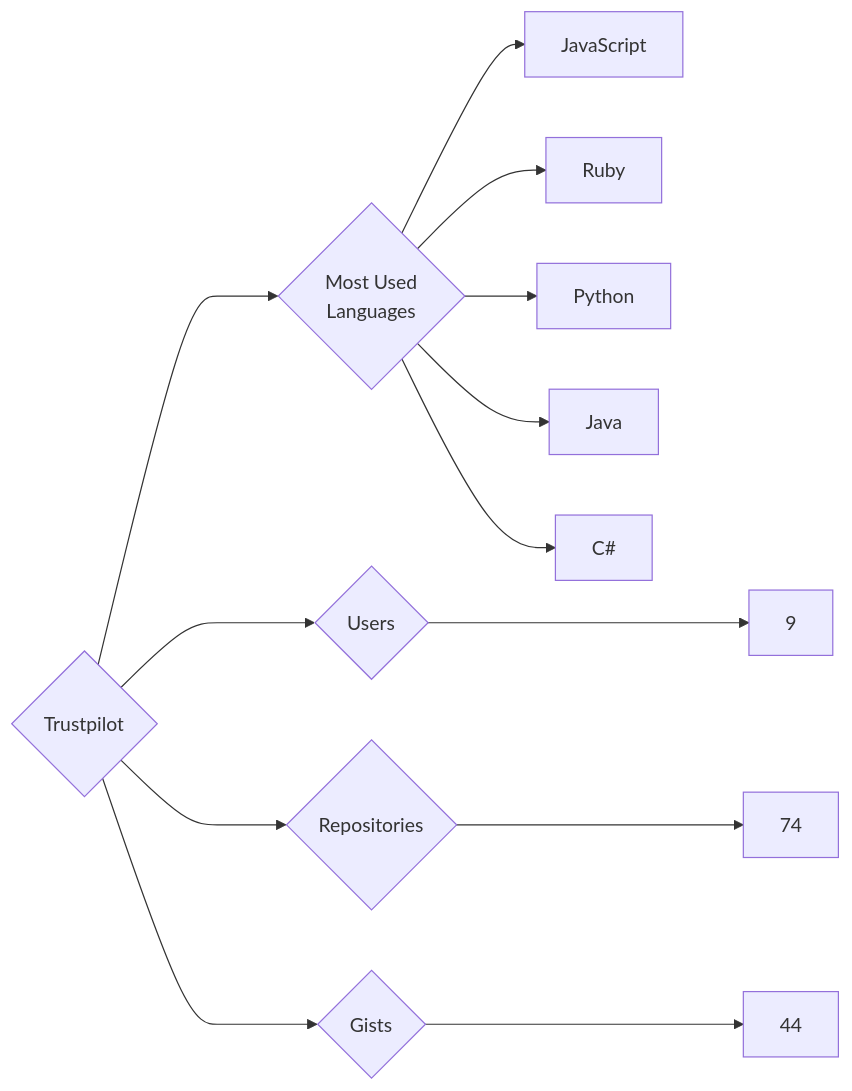
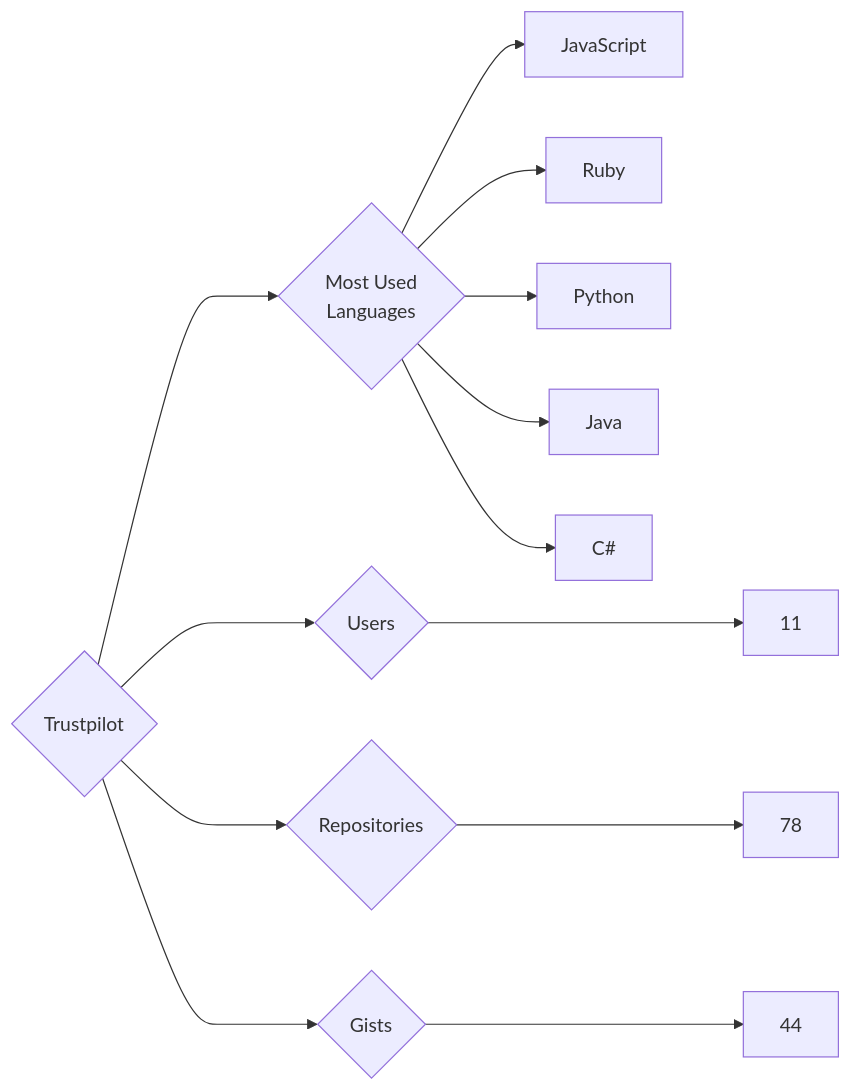
The diagram in targets/Trustpilot/README.md (trickest/insiders), drawn with Mermaid before and after one commit. The commit also changed 972 other files, not shown here.

````diff
--- a/targets/Trustpilot/README.md
+++ b/targets/Trustpilot/README.md
@@ -3,13 +3,13 @@
 ```mermaid
 graph LR
 COMPANY_NAME{Trustpilot}
-COMPANY_NAME ---> U{Users} ---> UN[9]
-COMPANY_NAME ---> R{Repositories} ---> RN[74]
+COMPANY_NAME ---> U{Users} ---> UN[11]
+COMPANY_NAME ---> R{Repositories} ---> RN[78]
 COMPANY_NAME ---> G{Gists} ---> GN[44]
 COMPANY_NAME ---> ML{Most Used<br>Languages}
 ML --> JavaScript[JavaScript]
 ML --> Ruby[Ruby]
 ML --> Python[Python]
 ML --> Java[Java]
 ML --> C#[C#]
 ```
````
